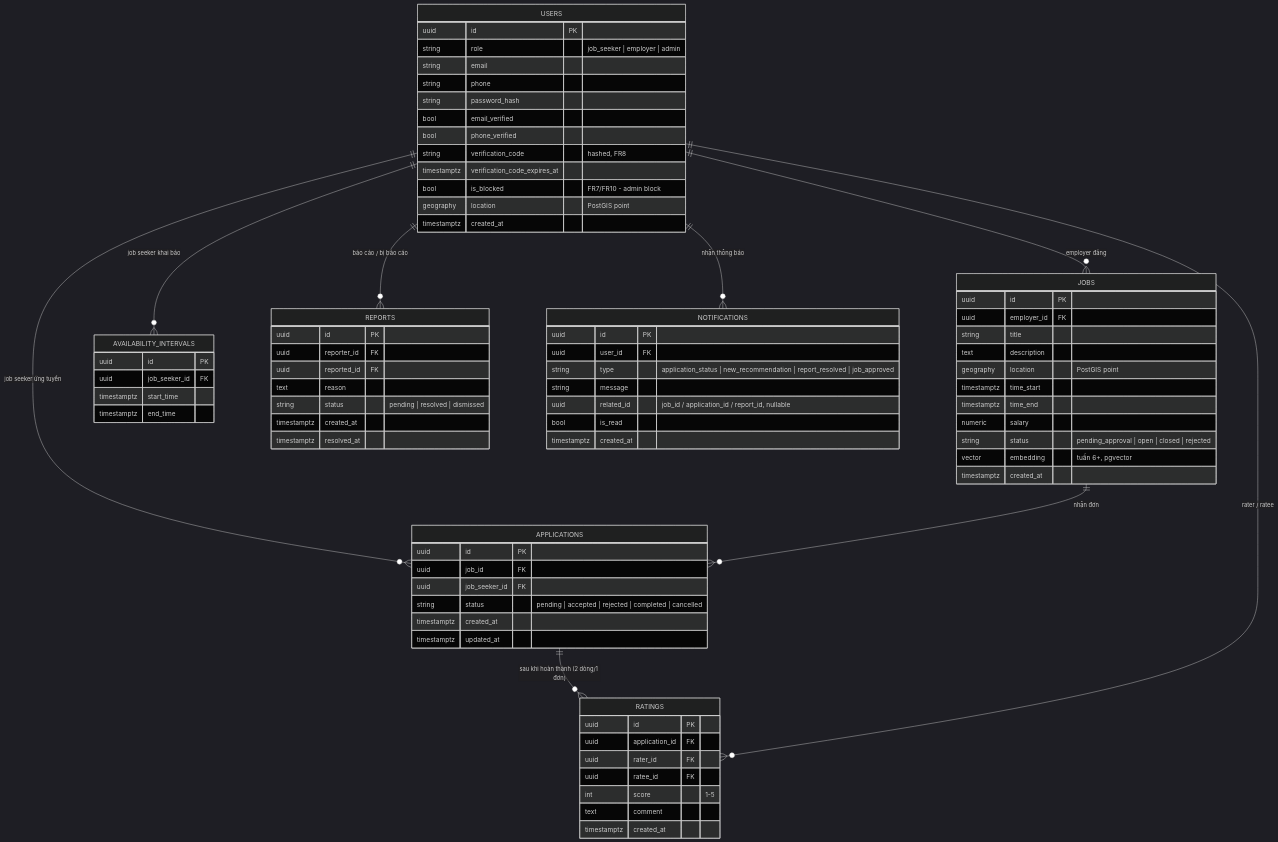
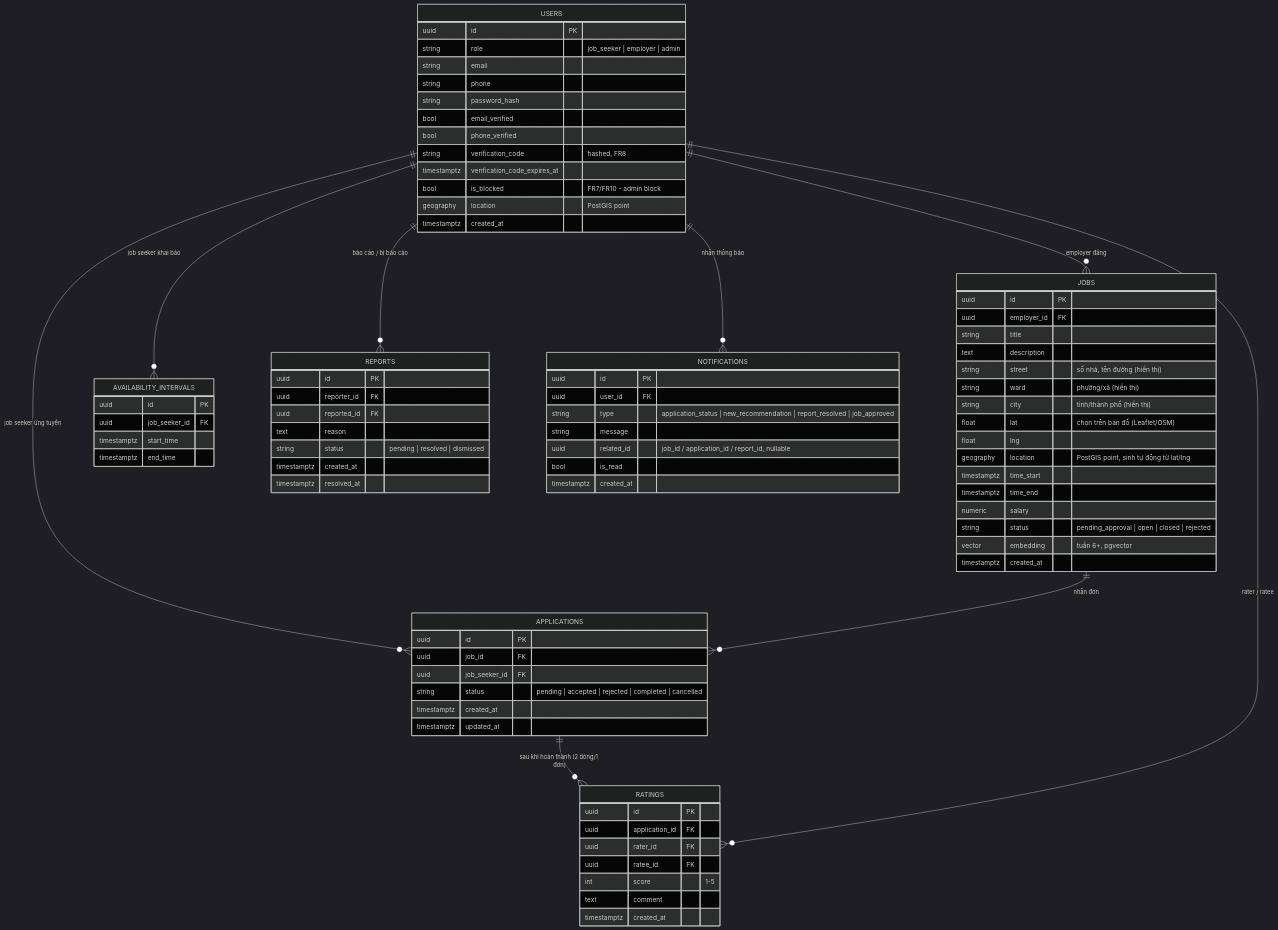
The diagram in docs/design/erd.md (VanSyx/DATN_TimViecPartTime), drawn with Mermaid (dark theme) before and after one commit. The commit also changed 18 other files, not shown here.

First line of the commit message:
feat(jobs): chọn vị trí bằng bản đồ thay geocoding bên thứ 3

```diff
--- a/docs/design/erd.md
+++ b/docs/design/erd.md
@@ -32,7 +32,12 @@
         uuid employer_id FK
         string title
         text description
-        geography location "PostGIS point"
+        string street "số nhà, tên đường (hiển thị)"
+        string ward "phường/xã (hiển thị)"
+        string city "tỉnh/thành phố (hiển thị)"
+        float lat "chọn trên bản đồ (Leaflet/OSM)"
+        float lng
+        geography location "PostGIS point, sinh tự động từ lat/lng"
         timestamptz time_start
         timestamptz time_end
         numeric salary
```
